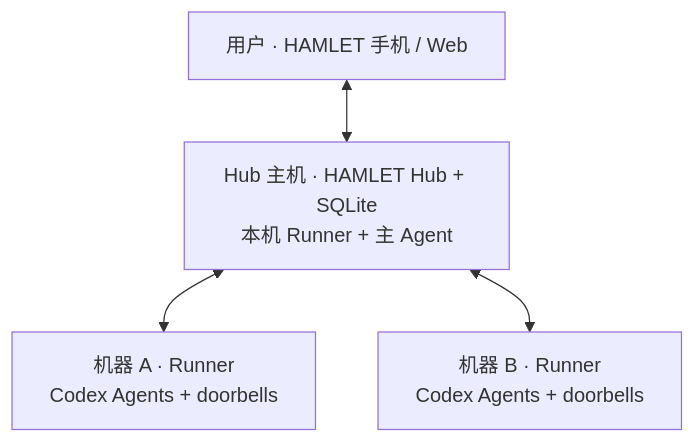
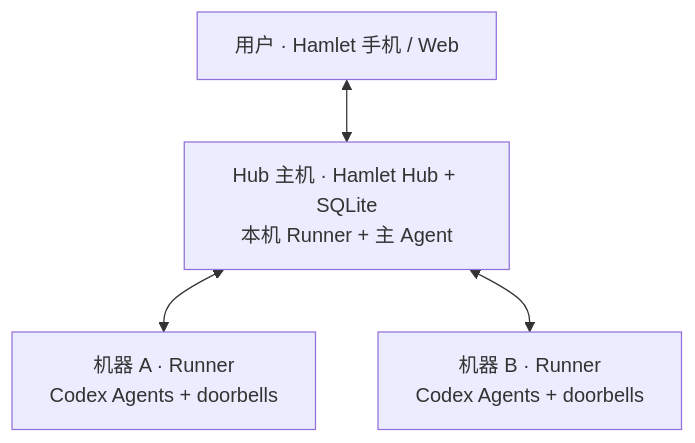
Before and after one commit to yulangz/hapi: the diagram in docs/hamlet-design.md, drawn with Mermaid. The commit also changed other lines of this file and 22 other files, not shown here.

````diff
--- a/docs/hamlet-design.md
+++ b/docs/hamlet-design.md
@@ -7,10 +7,10 @@
 ```mermaid
 flowchart TB
-    U["用户 · HAMLET 手机 / Web"]
-    H["Hub 主机 · HAMLET Hub + SQLite<br/>本机 Runner + 主 Agent"]
+    U["用户 · Hamlet 手机 / Web"]
+    H["Hub 主机 · Hamlet Hub + SQLite<br/>本机 Runner + 主 Agent"]
     A["机器 A · Runner<br/>Codex Agents + doorbells"]
     B["机器 B · Runner<br/>Codex Agents + doorbells"]
     U <--> H
     H <--> A
     H <--> B
 ```
````
